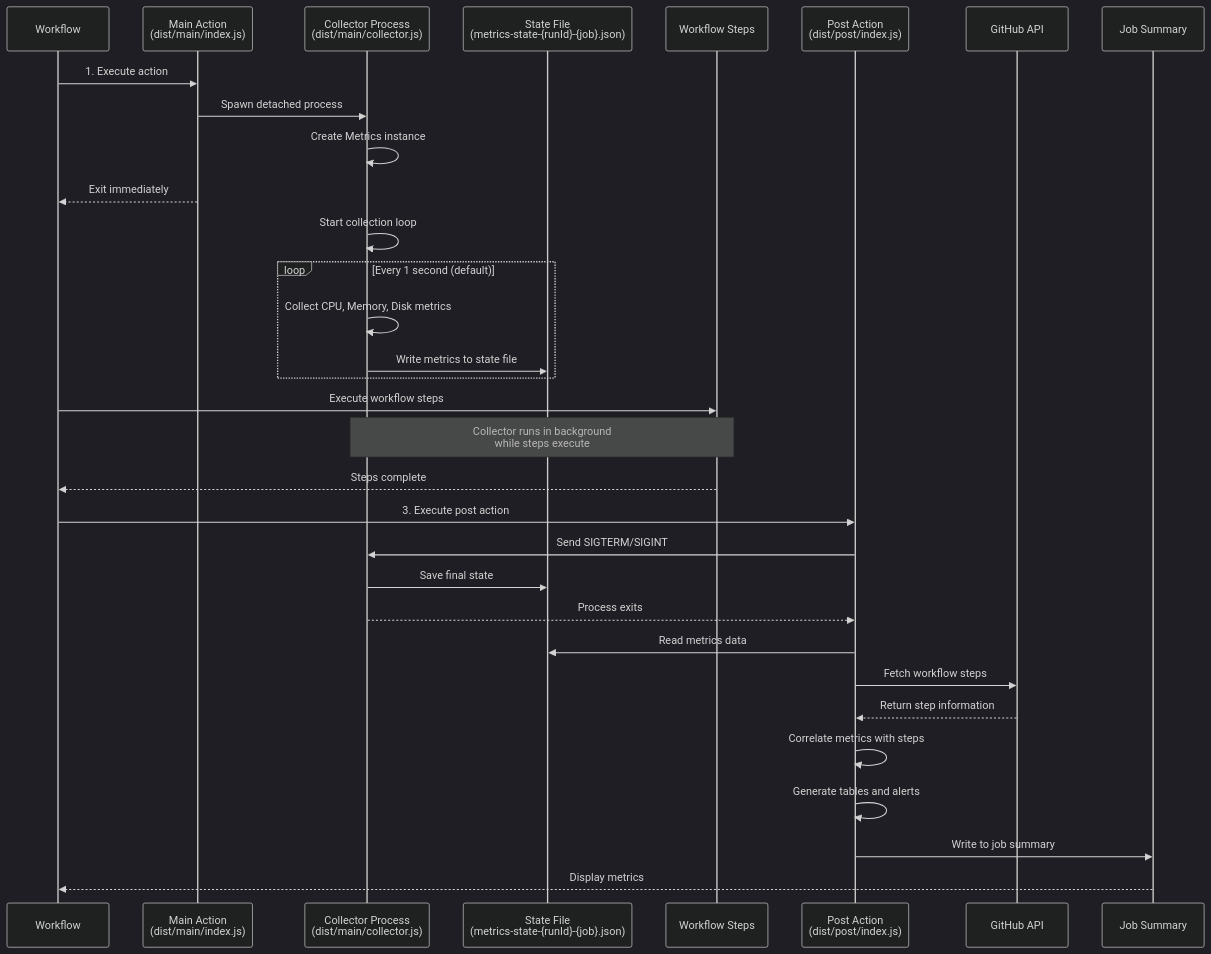
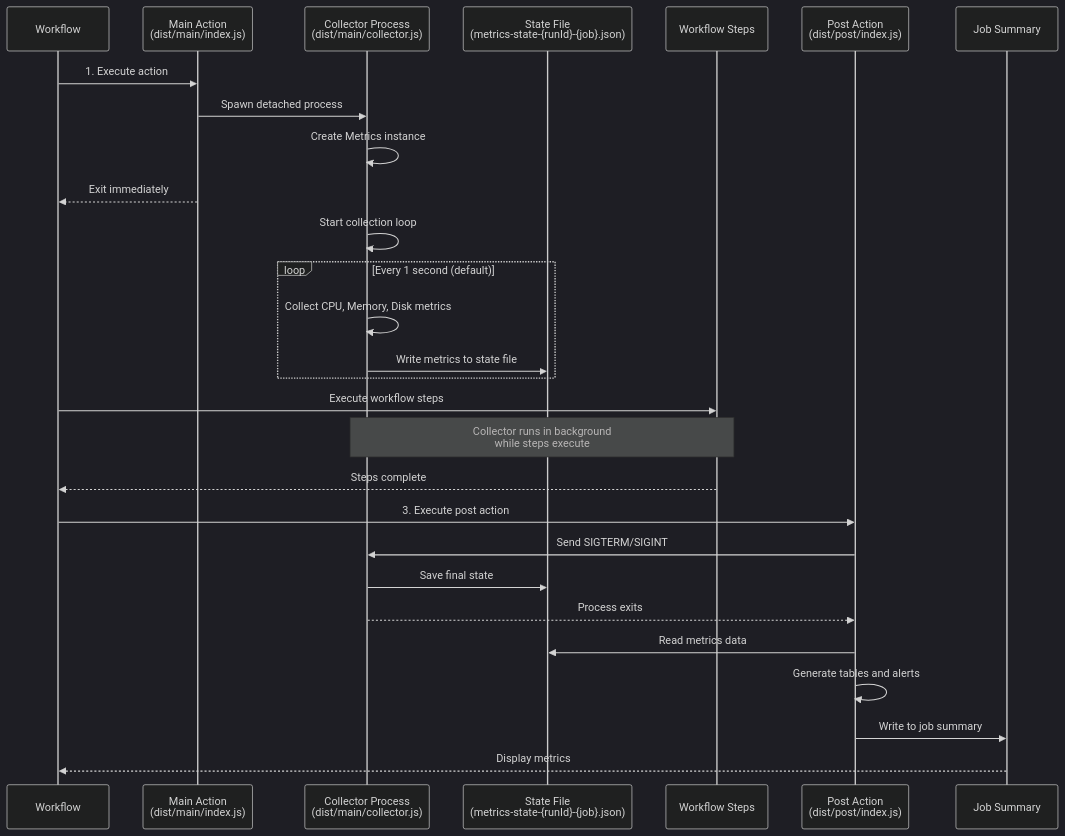
Before and after one commit to Garbee/actions-workflow-metrics: the diagram in docs/architecture.md, drawn with Mermaid (dark theme). The commit also changed other lines of this file and 6 other files, not shown here.

````diff
--- a/docs/architecture.md
+++ b/docs/architecture.md
@@ -15,39 +15,35 @@
 ```mermaid
 sequenceDiagram
     participant User as Workflow
     participant Main as Main Action<br/>(dist/main/index.js)
     participant Collector as Collector Process<br/>(dist/main/collector.js)
     participant State as State File<br/>(metrics-state-{runId}-{job}.json)
     participant Steps as Workflow Steps
     participant Post as Post Action<br/>(dist/post/index.js)
-    participant API as GitHub API
     participant Summary as Job Summary
 
     User->>Main: 1. Execute action
     Main->>Collector: Spawn detached process
     Collector->>Collector: Create Metrics instance
     Main-->>User: Exit immediately
     
     Collector->>Collector: Start collection loop
     loop Every 1 second (default)
         Collector->>Collector: Collect CPU, Memory, Disk metrics
         Collector->>State: Write metrics to state file
     end
     
     User->>Steps: Execute workflow steps
     Note over Collector,Steps: Collector runs in background<br/>while steps execute
     
     Steps-->>User: Steps complete
     User->>Post: 3. Execute post action
     Post->>Collector: Send SIGTERM/SIGINT
     Collector->>State: Save final state
     Collector-->>Post: Process exits
     
     Post->>State: Read metrics data
-    Post->>API: Fetch workflow steps
-    API-->>Post: Return step information
-    Post->>Post: Correlate metrics with steps
     Post->>Post: Generate tables and alerts
     Post->>Summary: Write to job summary
     Summary-->>User: Display metrics
 ```
````
